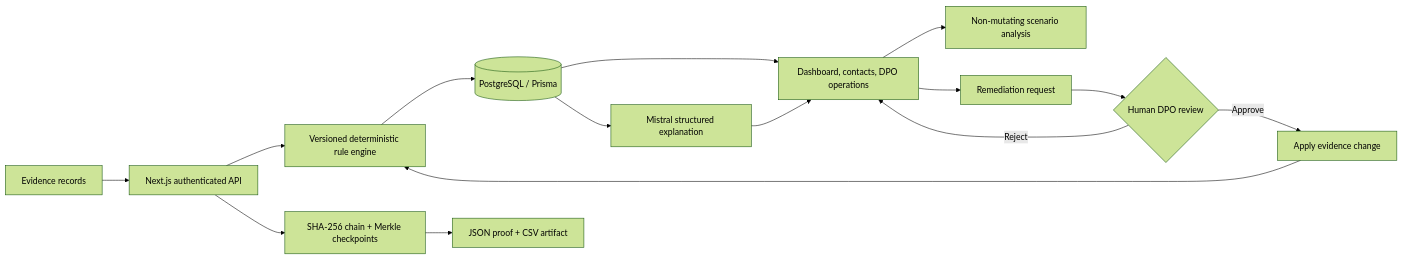
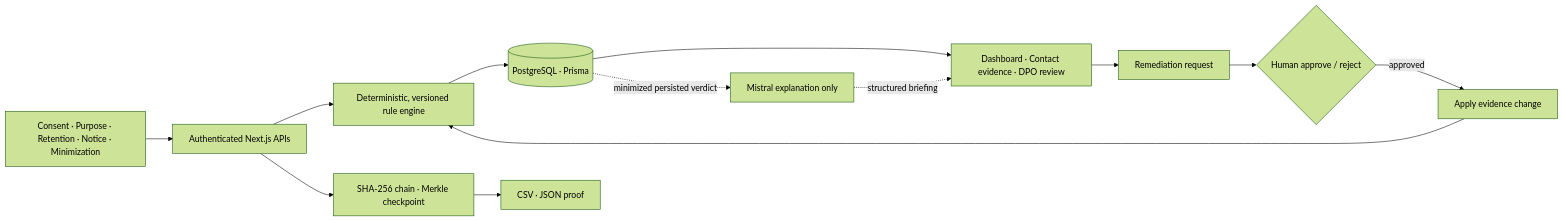
The diagram in docs/pitch-deck-prompts.md (nischala755/salesforce), drawn with Mermaid (forest theme) before and after one commit. The commit also changed other lines of this file, not shown here.

````diff
--- a/docs/pitch-deck-prompts.md
+++ b/docs/pitch-deck-prompts.md
@@ -27,17 +62,15 @@
 ```mermaid
 flowchart LR
-  E[Evidence records] --> API[Next.js authenticated API]
-  API --> R[Versioned deterministic rule engine]
-  R --> DB[(PostgreSQL / Prisma)]
-  DB --> UI[Dashboard, contacts, DPO operations]
-  DB --> AI[Mistral structured explanation]
-  AI --> UI
-  UI --> SIM[Non-mutating scenario analysis]
+  E[Consent · Purpose · Retention · Notice · Minimization] --> API[Authenticated Next.js APIs]
+  API --> RULES[Deterministic, versioned rule engine]
+  RULES --> DB[(PostgreSQL · Prisma)]
+  DB --> UI[Dashboard · Contact evidence · DPO review]
+  DB -. minimized persisted verdict .-> AI[Mistral explanation only]
+  AI -. structured briefing .-> UI
   UI --> REQ[Remediation request]
-  REQ --> DPO{Human DPO review}
-  DPO -->|Approve| APPLY[Apply evidence change]
-  DPO -->|Reject| UI
-  APPLY --> R
-  API --> AUDIT[SHA-256 chain + Merkle checkpoints]
-  AUDIT --> PROOF[JSON proof + CSV artifact]
+  REQ --> DPO{Human approve / reject}
+  DPO -->|approved| APPLY[Apply evidence change]
+  APPLY --> RULES
+  API --> AUDIT[SHA-256 chain · Merkle checkpoint]
+  AUDIT --> ARTIFACTS[CSV · JSON proof]
 ```
````
